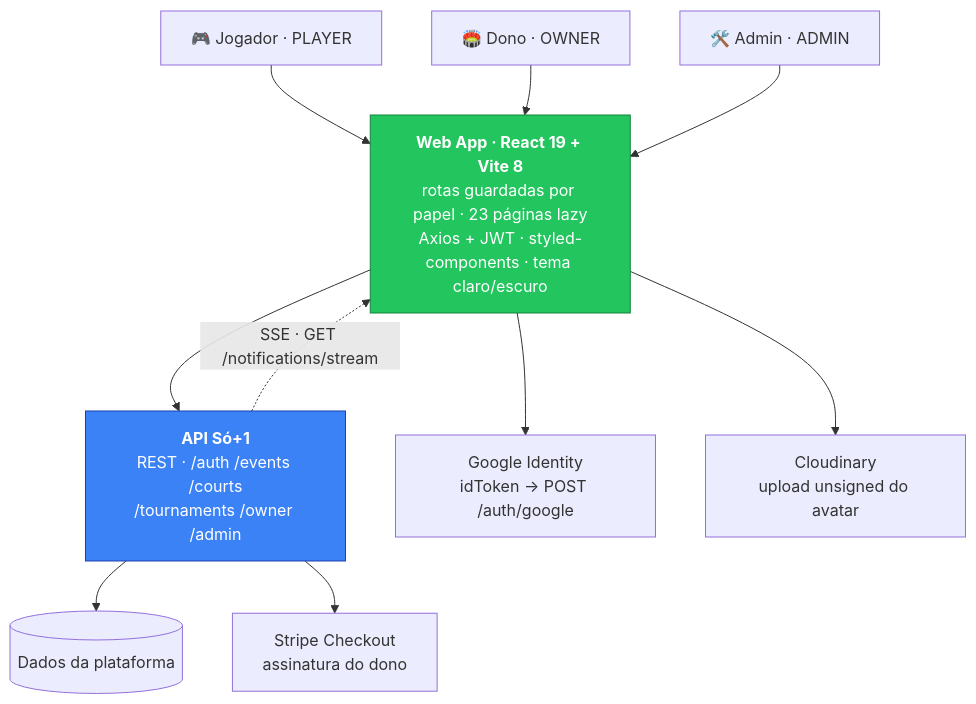
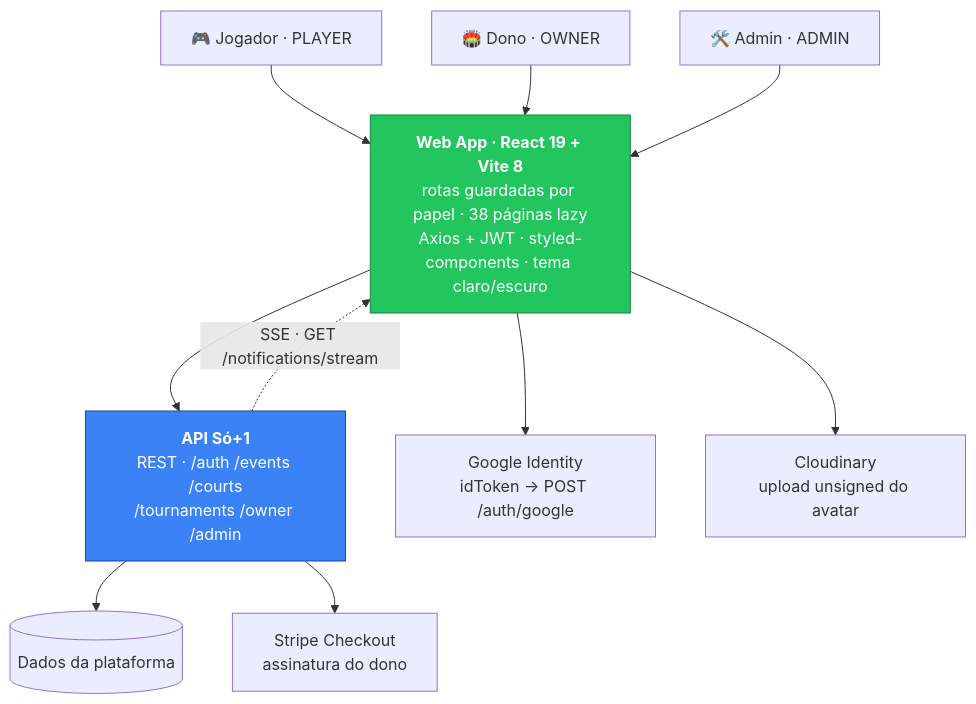
One commit to mateus-vitor-ferreira-dev/so-mais-um-web changed the diagram in README.md. Above: the diagram before and after it, drawn with Mermaid. The commit also changed other lines of this file and 1 other file, not shown here.

First line of the commit message:
docs: o README alcança as telas, e o diagrama passa a ser conferido

````diff
--- a/README.md
+++ b/README.md
@@ -61,20 +61,20 @@
 ```mermaid
 flowchart TB
     P["🎮 Jogador · PLAYER"] --> WEB
     O["🏟️ Dono · OWNER"] --> WEB
     A["🛠️ Admin · ADMIN"] --> WEB
 
-    WEB["<b>Web App · React 19 + Vite 8</b><br/>rotas guardadas por papel · 23 páginas lazy<br/>Axios + JWT · styled-components · tema claro/escuro"]
+    WEB["<b>Web App · React 19 + Vite 8</b><br/>rotas guardadas por papel · 38 páginas lazy<br/>Axios + JWT · styled-components · tema claro/escuro"]
 
     WEB --> API["<b>API Só+1</b><br/>REST · /auth /events /courts<br/>/tournaments /owner /admin"]
     WEB --> G["Google Identity<br/>idToken → POST /auth/google"]
     WEB --> CL["Cloudinary<br/>upload unsigned do avatar"]
 
     API --> DB[("Dados da plataforma")]
     API --> ST["Stripe Checkout<br/>assinatura do dono"]
 
     API -. "SSE · GET /notifications/stream" .-> WEB
 
     style WEB fill:#22C55E,stroke:#15803d,color:#fff
     style API fill:#3B82F6,stroke:#1e40af,color:#fff
 ```
````
